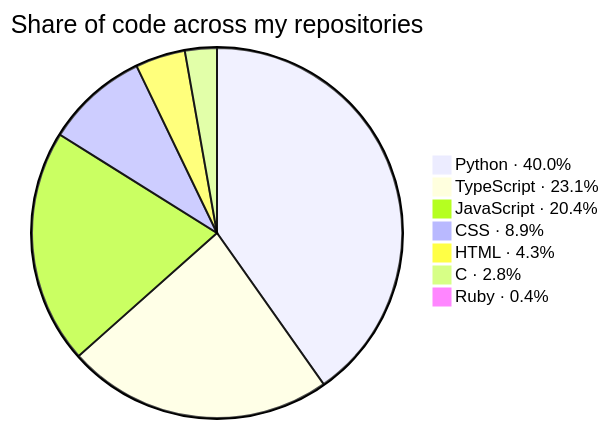
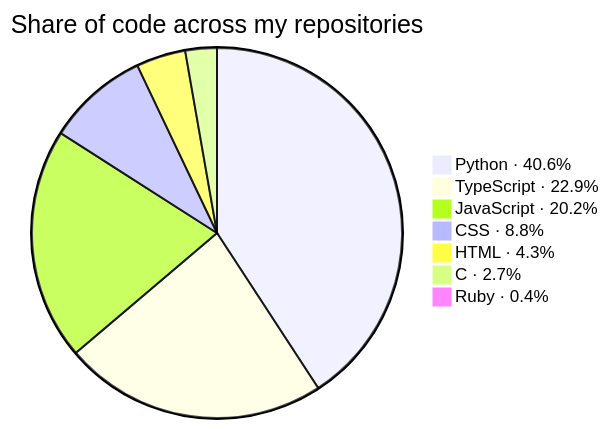
Before and after one commit to KathFK1234/KathFK1234: the second of 3 diagrams in README.md, drawn with Mermaid. The commit also changed other lines of this file and 3 other files, not shown here.

````diff
--- a/README.md
+++ b/README.md
@@ -109,11 +109,11 @@
 ```mermaid
 %%{init: {"themeVariables": {"pieSectionTextSize": "0px"}}}%%
 pie title Share of code across my repositories
-    "Python · 40.0%" : 905.4
-    "TypeScript · 23.1%" : 522.5
-    "JavaScript · 20.4%" : 460.8
-    "CSS · 8.9%" : 201.5
+    "Python · 40.6%" : 928.2
+    "TypeScript · 22.9%" : 523.4
+    "JavaScript · 20.2%" : 460.8
+    "CSS · 8.8%" : 202.1
     "HTML · 4.3%" : 98.1
-    "C · 2.8%" : 62.7
+    "C · 2.7%" : 62.7
     "Ruby · 0.4%" : 10.1
 ```
````
